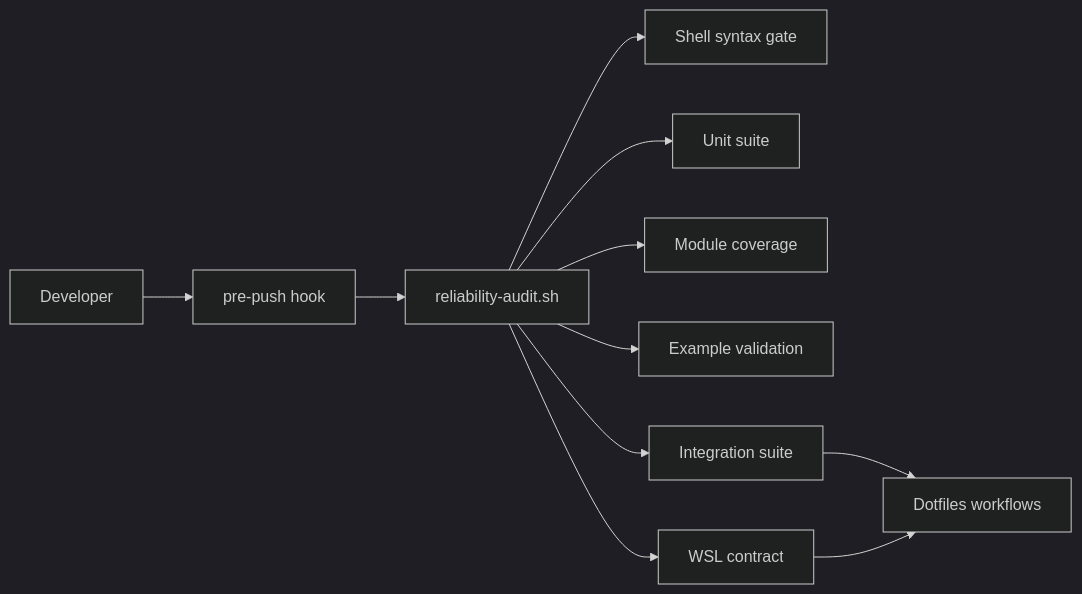
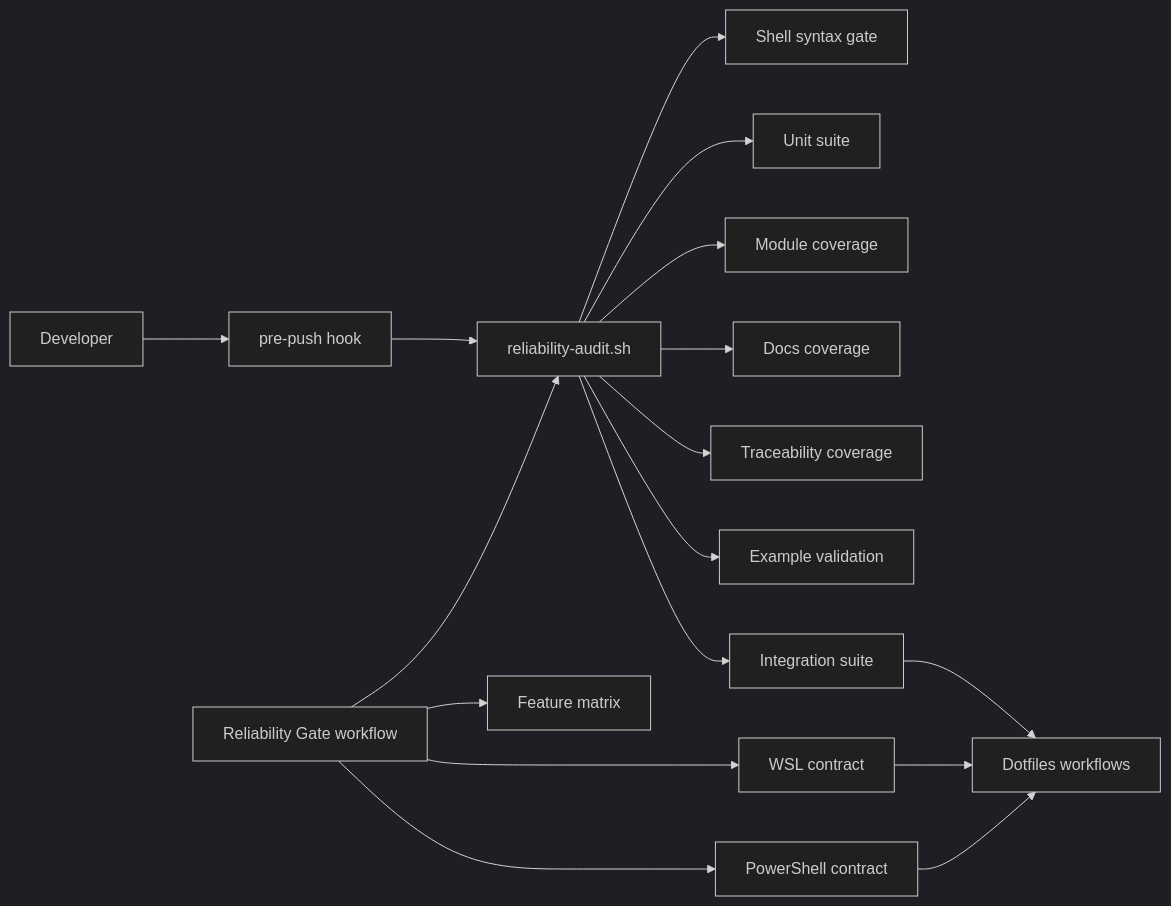
The first of 2 diagrams in docs/operations/RELIABILITY.md (sebastienrousseau/dotfiles), drawn with Mermaid (dark theme) before and after one commit. The commit also changed other lines of this file and 236 other files, not shown here.

````diff
--- a/docs/operations/RELIABILITY.md
+++ b/docs/operations/RELIABILITY.md
@@ -25,13 +25,19 @@
 ```mermaid
 flowchart LR
   Dev[Developer] --> Hook[pre-push hook]
   Hook --> Audit[reliability-audit.sh]
   Audit --> Syntax[Shell syntax gate]
   Audit --> Unit[Unit suite]
   Audit --> Coverage[Module coverage]
+  Audit --> Docs[Docs coverage]
+  Audit --> Trace[Traceability coverage]
   Audit --> Examples[Example validation]
-  Audit --> WSL[WSL contract]
   Audit --> Integration[Integration suite]
   Integration --> Repo[Dotfiles workflows]
+  CI[Reliability Gate workflow] --> Audit
+  CI --> WSL[WSL contract]
+  CI --> PS[PowerShell contract]
+  CI --> Matrix[Feature matrix]
   WSL --> Repo
+  PS --> Repo
 ```
````
